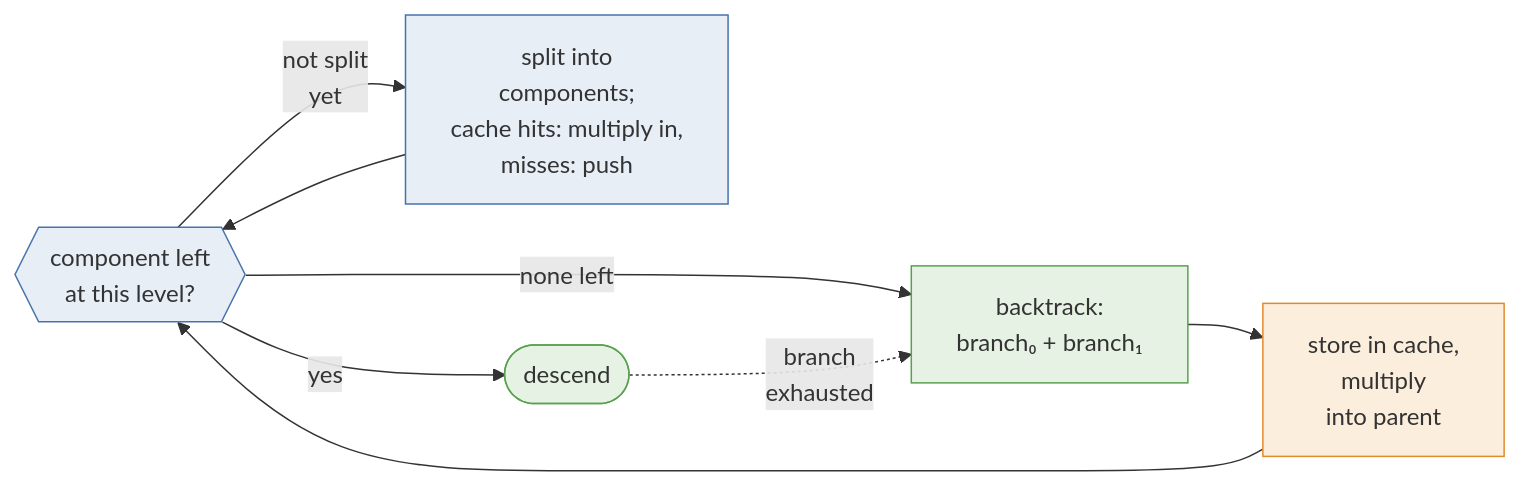
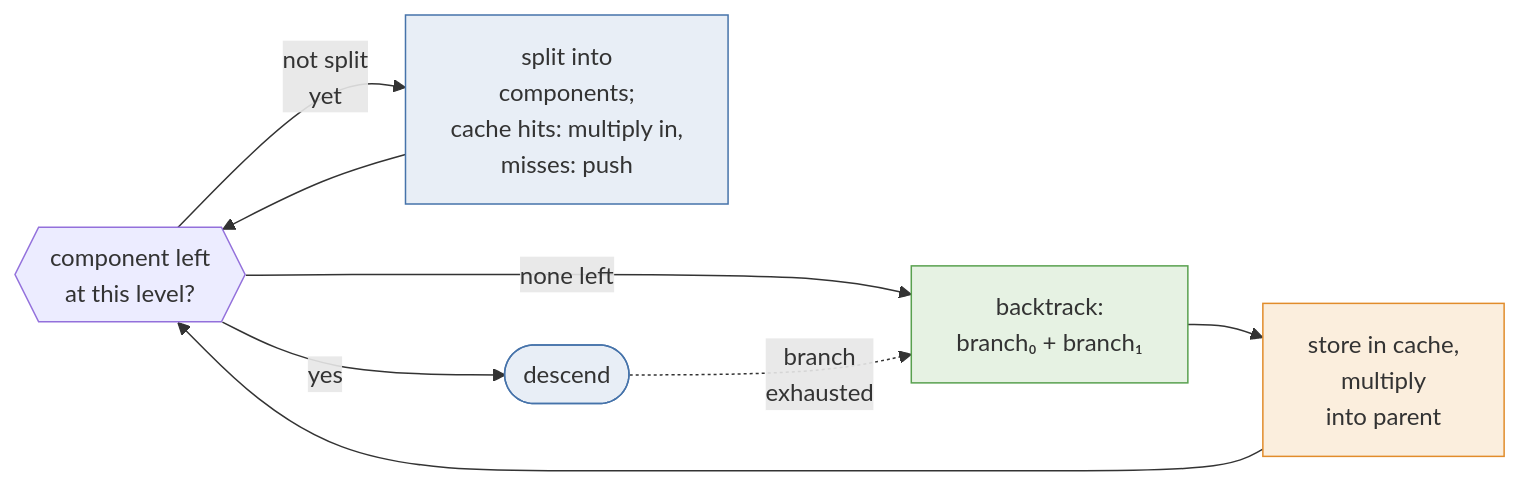
One commit to meelgroup/ganak-presentation changed the diagram in figs/mermaid/ascend.mmd. Above: the diagram before and after it, drawn with Mermaid. The commit also changed 6 other files, not shown here.

First line of the commit message:
Mermaid diagrams: consistent colours, red/green conflict label backgrounds

```diff
--- a/figs/mermaid/ascend.mmd
+++ b/figs/mermaid/ascend.mmd
@@ -1,16 +1,17 @@
 flowchart LR
   A{{"component left<br/>at this level?"}}
   A -->|"not split<br/>yet"| B["split into<br/>components;<br/>cache hits: multiply in,<br/>misses: push"]
   B --> A
   A -->|yes| H([descend])
   A -->|"none left"| J["backtrack:<br/>branch₀ + branch₁"]
   H -.->|"branch<br/>exhausted"| J
   J --> L["store in cache,<br/>multiply<br/>into parent"]
   L --> A
 
-  classDef dec fill:#e8eef6,stroke:#4673aa
+  %% blue: search, green: counting, orange: cache
+  classDef search fill:#e8eef6,stroke:#4673aa
+  classDef count fill:#e6f2e3,stroke:#59a14f
   classDef cache fill:#fbeedd,stroke:#e18c2b
-  classDef math fill:#e6f2e3,stroke:#59a14f
-  class A,B dec
+  class B,H search
+  class J count
   class L cache
-  class J,H math
```
